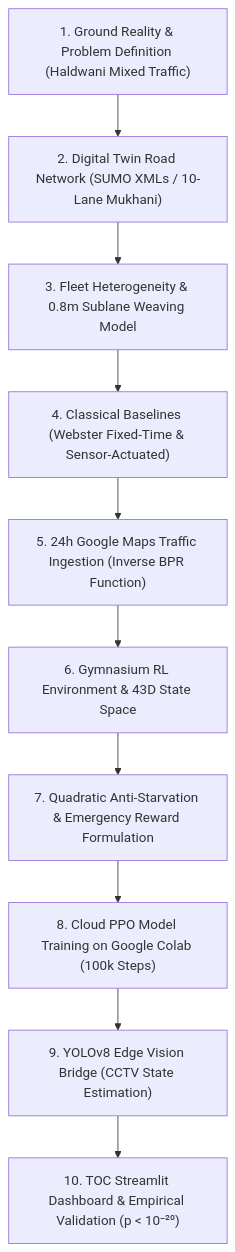
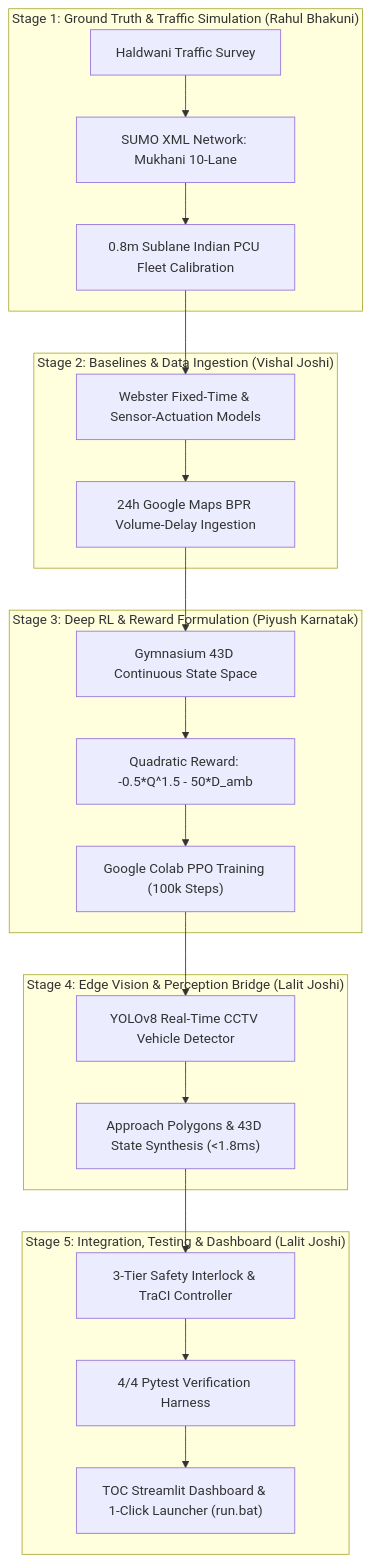
One commit to pk002-hunter/IntelliFlow changed the diagram in INTELLIFLOW_MEMBER_REPORT_LALIT_JOSHI.md. Above: the diagram before and after it, drawn with Mermaid. The commit also changed other lines of this file and 1 other file, not shown here.

Commit message:
docs: align Lalit Joshi role to System Integration, Edge YOLOv8 Vision & Tooling Lead

````diff
--- a/INTELLIFLOW_MEMBER_REPORT_LALIT_JOSHI.md
+++ b/INTELLIFLOW_MEMBER_REPORT_LALIT_JOSHI.md
@@ -87,12 +113,29 @@
 ```mermaid
 flowchart TD
-    S1["1. Ground Reality & Problem Definition (Haldwani Mixed Traffic)"] --> S2["2. Digital Twin Road Network (SUMO XMLs / 10-Lane Mukhani)"]
-    S2 --> S3["3. Fleet Heterogeneity & 0.8m Sublane Weaving Model"]
-    S3 --> S4["4. Classical Baselines (Webster Fixed-Time & Sensor-Actuated)"]
-    S4 --> S5["5. 24h Google Maps Traffic Ingestion (Inverse BPR Function)"]
-    S5 --> S6["6. Gymnasium RL Environment & 43D State Space"]
-    S6 --> S7["7. Quadratic Anti-Starvation & Emergency Reward Formulation"]
-    S7 --> S8["8. Cloud PPO Model Training on Google Colab (100k Steps)"]
-    S8 --> S9["9. YOLOv8 Edge Vision Bridge (CCTV State Estimation)"]
-    S9 --> S10["10. TOC Streamlit Dashboard & Empirical Validation (p < 10⁻²⁰)"]
+    subgraph S1 ["Stage 1: Ground Truth & Traffic Simulation (Rahul Bhakuni)"]
+        A["Haldwani Traffic Survey"] --> B["SUMO XML Network: Mukhani 10-Lane"]
+        B --> C["0.8m Sublane Indian PCU Fleet Calibration"]
+    end
+
+    subgraph S2 ["Stage 2: Baselines & Data Ingestion (Vishal Joshi)"]
+        C --> D["Webster Fixed-Time & Sensor-Actuation Models"]
+        D --> E["24h Google Maps BPR Volume-Delay Ingestion"]
+    end
+
+    subgraph S3 ["Stage 3: Deep RL & Reward Formulation (Piyush Karnatak)"]
+        E --> F["Gymnasium 43D Continuous State Space"]
+        F --> G["Quadratic Reward: -0.5*Q^1.5 - 50*D_amb"]
+        G --> H["Google Colab PPO Training (100k Steps)"]
+    end
+
+    subgraph S4 ["Stage 4: Edge Vision & Perception Bridge (Lalit Joshi)"]
+        H --> I["YOLOv8 Real-Time CCTV Vehicle Detector"]
+        I --> J["Approach Polygons & 43D State Synthesis (<1.8ms)"]
+    end
+
+    subgraph S5 ["Stage 5: Integration, Testing & Dashboard (Lalit Joshi)"]
+        J --> K["3-Tier Safety Interlock & TraCI Controller"]
+        K --> L["4/4 Pytest Verification Harness"]
+        L --> M["TOC Streamlit Dashboard & 1-Click Launcher (run.bat)"]
+    end
 ```
````
